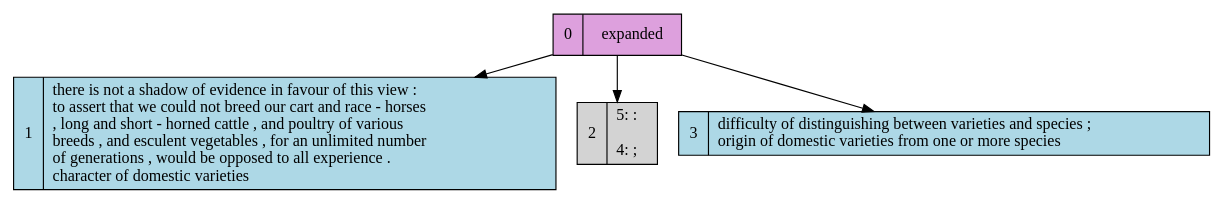
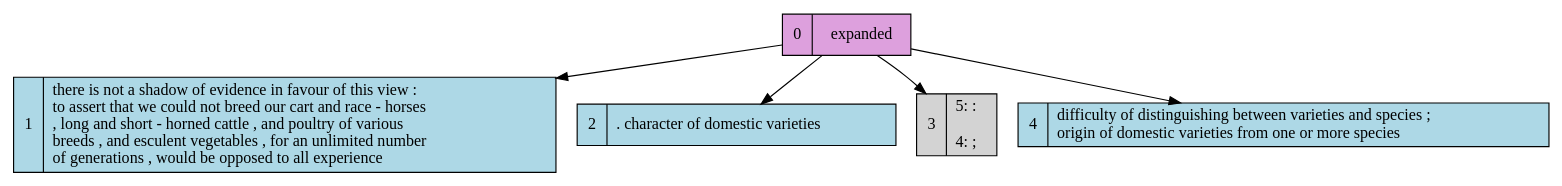
The diagram in src/main/outputs/t1.dot (djbpitt/scala-graphing-sandbox), drawn with Graphviz before and after one commit. The commit also changed 4 other files, not shown here.

```diff
--- a/src/main/outputs/t1.dot
+++ b/src/main/outputs/t1.dot
@@ -1,17 +1,20 @@
 digraph MyGraph {
 	ranksep=0.25
 	node [shape=record, style=filled]
 	
 0  ->  1
 	0  ->  2
 	0  ->  3
-1 [label="1|there is not a shadow of evidence in favour of this view : \lto assert that we could not breed our cart and race - horses \l, long and short - horned cattle , and poultry of various \lbreeds , and esculent vegetables , for an unlimited number \lof generations , would be opposed to all experience . \lcharacter of domestic varieties \l}" tooltip="there is not a shadow of evidence in favour of this view : to assert that we could not breed our cart and race - horses , long and short - horned cattle , and poultry of various breeds , and esculent vegetables , for an unlimited number of generations , would be opposed to all experience . character of domestic varieties \n\n(4, 5)" fillcolor="lightblue"]
-3 [label="3|difficulty of distinguishing between varieties and species ; \lorigin of domestic varieties from one or more species \l}" tooltip="difficulty of distinguishing between varieties and species ; origin of domestic varieties from one or more species \n\n(4, 5)" fillcolor="lightblue"]
+	0  ->  4
+1 [label="1|there is not a shadow of evidence in favour of this view : \lto assert that we could not breed our cart and race - horses \l, long and short - horned cattle , and poultry of various \lbreeds , and esculent vegetables , for an unlimited number \lof generations , would be opposed to all experience \l}" tooltip="there is not a shadow of evidence in favour of this view : to assert that we could not breed our cart and race - horses , long and short - horned cattle , and poultry of various breeds , and esculent vegetables , for an unlimited number of generations , would be opposed to all experience \n\n(4, 5)" fillcolor="lightblue"]
+2 [label="2|. character of domestic varieties \l}" tooltip=". character of domestic varieties \n\n(4, 5)" fillcolor="lightblue"]
+4 [label="4|difficulty of distinguishing between varieties and species ; \lorigin of domestic varieties from one or more species \l}" tooltip="difficulty of distinguishing between varieties and species ; origin of domestic varieties from one or more species \n\n(4, 5)" fillcolor="lightblue"]
 
-2 [label="2|5: : \l\l4: ; \l"]           
+3 [label="3|5: : \l\l4: ; \l"]           
 
+0 [label="0|expanded" tooltip="Expanded node" fillcolor="plum"]
 0 [label="0|expanded" tooltip="Expanded node" fillcolor="plum"]
 0 [label="0|expanded" tooltip="Expanded node" fillcolor="plum"]
 0 [label="0|expanded" tooltip="Expanded node" fillcolor="plum"]
 
 }
```
